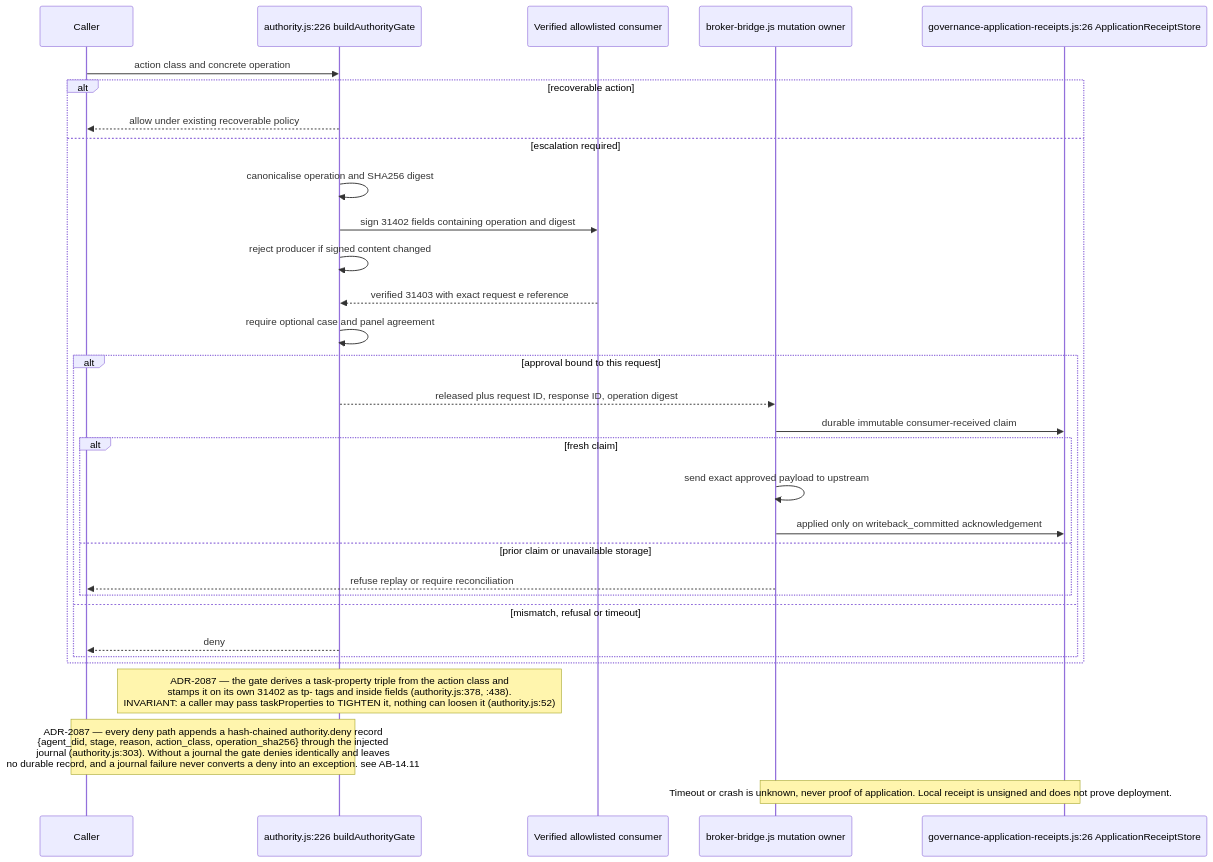
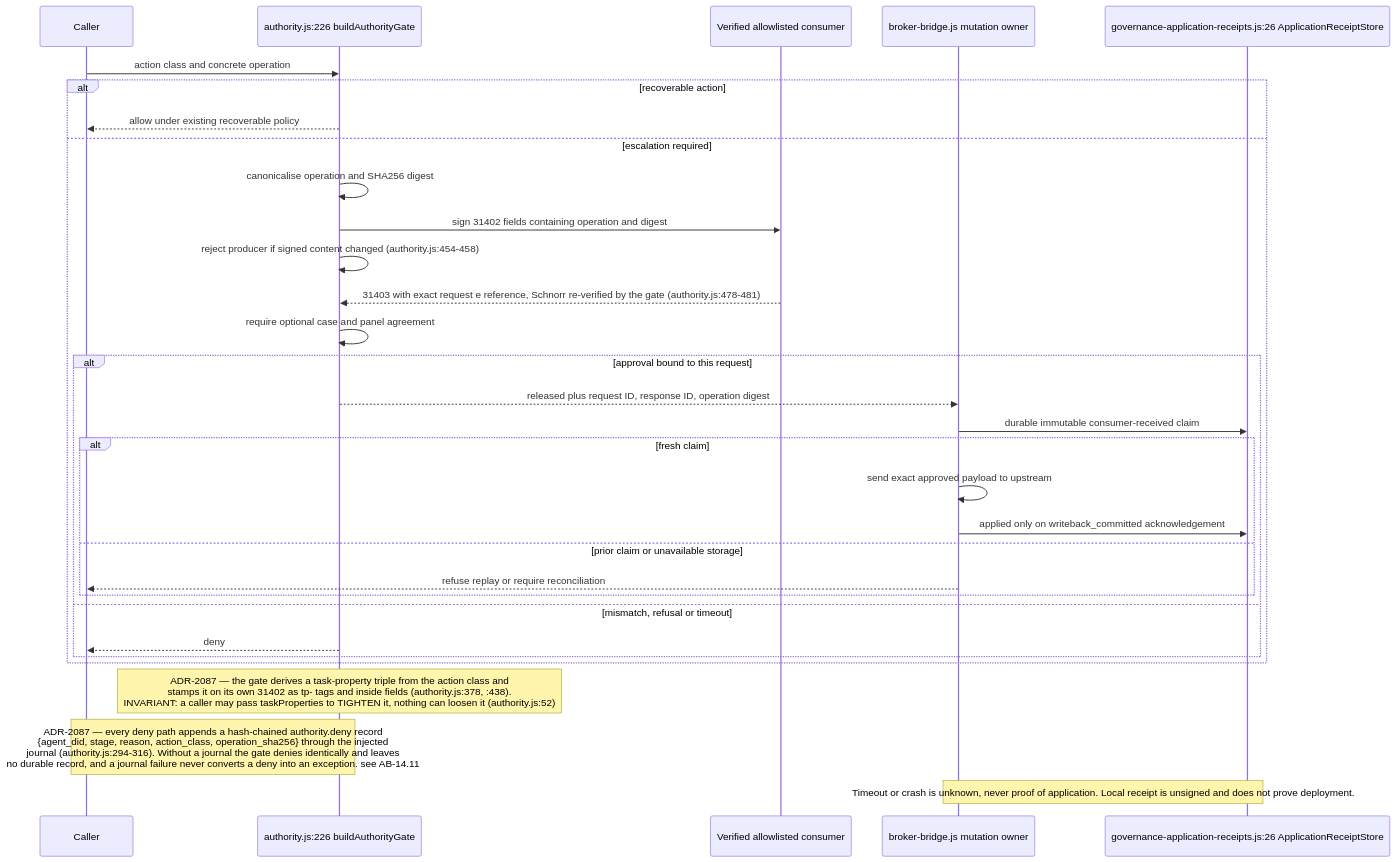
The tenth of 16 diagrams in docs/diagrams/agentbox/11-identity-did-mandate-authority.md (DreamLab-AI/VisionFlow), drawn with Mermaid before and after one commit. The commit also changed other lines of this file and 173 other files, not shown here.

````diff
--- a/docs/diagrams/agentbox/11-identity-did-mandate-authority.md
+++ b/docs/diagrams/agentbox/11-identity-did-mandate-authority.md
@@ -414,33 +438,33 @@
 ```mermaid
 sequenceDiagram
     participant Caller
     participant Gate as authority.js:226 buildAuthorityGate
     participant Forum as Verified allowlisted consumer
     participant Owner as broker-bridge.js mutation owner
     participant Journal as governance-application-receipts.js:26 ApplicationReceiptStore
     Caller->>Gate: action class and concrete operation
     alt recoverable action
         Gate-->>Caller: allow under existing recoverable policy
     else escalation required
         Gate->>Gate: canonicalise operation and SHA256 digest
         Gate->>Forum: sign 31402 fields containing operation and digest
-        Gate->>Gate: reject producer if signed content changed
-        Forum-->>Gate: verified 31403 with exact request e reference
+        Gate->>Gate: reject producer if signed content changed (authority.js:454-458)
+        Forum-->>Gate: 31403 with exact request e reference, Schnorr re-verified by the gate (authority.js:478-481)
         Gate->>Gate: require optional case and panel agreement
         alt approval bound to this request
             Gate-->>Owner: released plus request ID, response ID, operation digest
             Owner->>Journal: durable immutable consumer-received claim
             alt fresh claim
                 Owner->>Owner: send exact approved payload to upstream
                 Owner->>Journal: applied only on writeback_committed acknowledgement
             else prior claim or unavailable storage
                 Owner-->>Caller: refuse replay or require reconciliation
             end
         else mismatch, refusal or timeout
             Gate-->>Caller: deny
         end
     end
     Note over Gate: ADR-2087 — the gate derives a task-property triple from the action class and<br/>stamps it on its own 31402 as tp- tags and inside fields (authority.js:378, :438).<br/>INVARIANT: a caller may pass taskProperties to TIGHTEN it, nothing can loosen it (authority.js:52)
-    Note over Gate,Caller: ADR-2087 — every deny path appends a hash-chained authority.deny record<br/>{agent_did, stage, reason, action_class, operation_sha256} through the injected<br/>journal (authority.js:303). Without a journal the gate denies identically and leaves<br/>no durable record, and a journal failure never converts a deny into an exception. see AB-14.11
+    Note over Gate,Caller: ADR-2087 — every deny path appends a hash-chained authority.deny record<br/>{agent_did, stage, reason, action_class, operation_sha256} through the injected<br/>journal (authority.js:294-316). Without a journal the gate denies identically and leaves<br/>no durable record, and a journal failure never converts a deny into an exception. see AB-14.11
     Note over Owner,Journal: Timeout or crash is unknown, never proof of application. Local receipt is unsigned and does not prove deployment.
 ```
````
